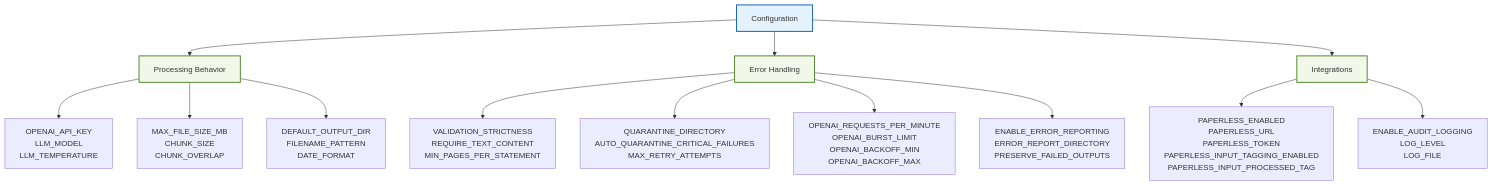
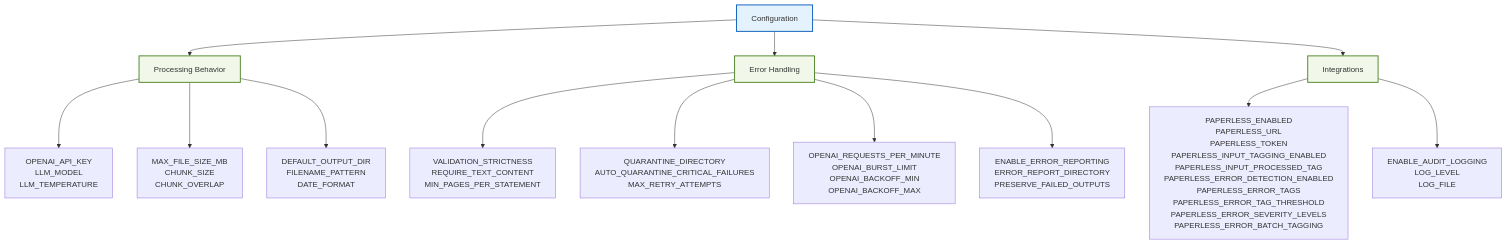
One commit to madeinoz67/bank-statement-separator changed the fourth of 5 diagrams in docs/architecture/workflow-overview.md. Above: the diagram before and after it, drawn with Mermaid. The commit also changed other lines of this file and 3 other files, not shown here.

````diff
--- a/docs/architecture/workflow-overview.md
+++ b/docs/architecture/workflow-overview.md
@@ -244,24 +375,24 @@
 ```mermaid
 graph TD
     Config[Configuration] --> Processing[Processing Behavior]
     Config --> ErrorHandling[Error Handling]
     Config --> Integration[Integrations]
 
     Processing --> API[OPENAI_API_KEY<br/>LLM_MODEL<br/>LLM_TEMPERATURE]
     Processing --> Files[MAX_FILE_SIZE_MB<br/>CHUNK_SIZE<br/>CHUNK_OVERLAP]
     Processing --> Output[DEFAULT_OUTPUT_DIR<br/>FILENAME_PATTERN<br/>DATE_FORMAT]
 
     ErrorHandling --> Validation[VALIDATION_STRICTNESS<br/>REQUIRE_TEXT_CONTENT<br/>MIN_PAGES_PER_STATEMENT]
     ErrorHandling --> Quarantine[QUARANTINE_DIRECTORY<br/>AUTO_QUARANTINE_CRITICAL_FAILURES<br/>MAX_RETRY_ATTEMPTS]
     ErrorHandling --> Backoff[OPENAI_REQUESTS_PER_MINUTE<br/>OPENAI_BURST_LIMIT<br/>OPENAI_BACKOFF_MIN<br/>OPENAI_BACKOFF_MAX]
     ErrorHandling --> Reporting[ENABLE_ERROR_REPORTING<br/>ERROR_REPORT_DIRECTORY<br/>PRESERVE_FAILED_OUTPUTS]
 
-    Integration --> Paperless[PAPERLESS_ENABLED<br/>PAPERLESS_URL<br/>PAPERLESS_TOKEN<br/>PAPERLESS_INPUT_TAGGING_ENABLED<br/>PAPERLESS_INPUT_PROCESSED_TAG]
+    Integration --> Paperless[PAPERLESS_ENABLED<br/>PAPERLESS_URL<br/>PAPERLESS_TOKEN<br/>PAPERLESS_INPUT_TAGGING_ENABLED<br/>PAPERLESS_INPUT_PROCESSED_TAG<br/>PAPERLESS_ERROR_DETECTION_ENABLED<br/>PAPERLESS_ERROR_TAGS<br/>PAPERLESS_ERROR_TAG_THRESHOLD<br/>PAPERLESS_ERROR_SEVERITY_LEVELS<br/>PAPERLESS_ERROR_BATCH_TAGGING]
     Integration --> Logging[ENABLE_AUDIT_LOGGING<br/>LOG_LEVEL<br/>LOG_FILE]
 
     classDef configStyle fill:#e3f2fd,stroke:#1565c0,stroke-width:2px
     classDef categoryStyle fill:#f1f8e9,stroke:#558b2f,stroke-width:2px
 
     class Config configStyle
     class Processing,ErrorHandling,Integration categoryStyle
 ```
````
